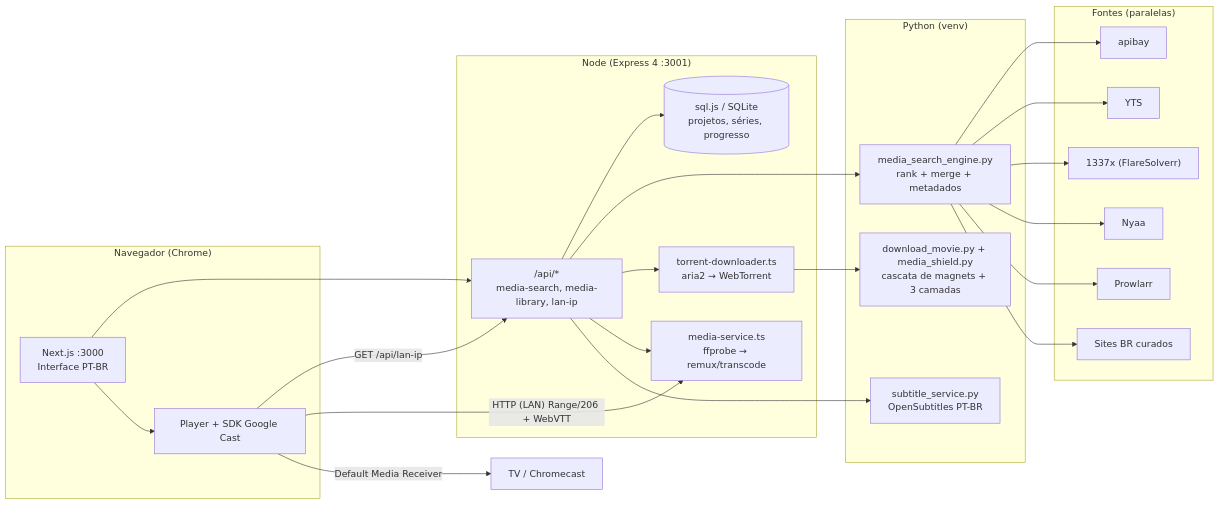
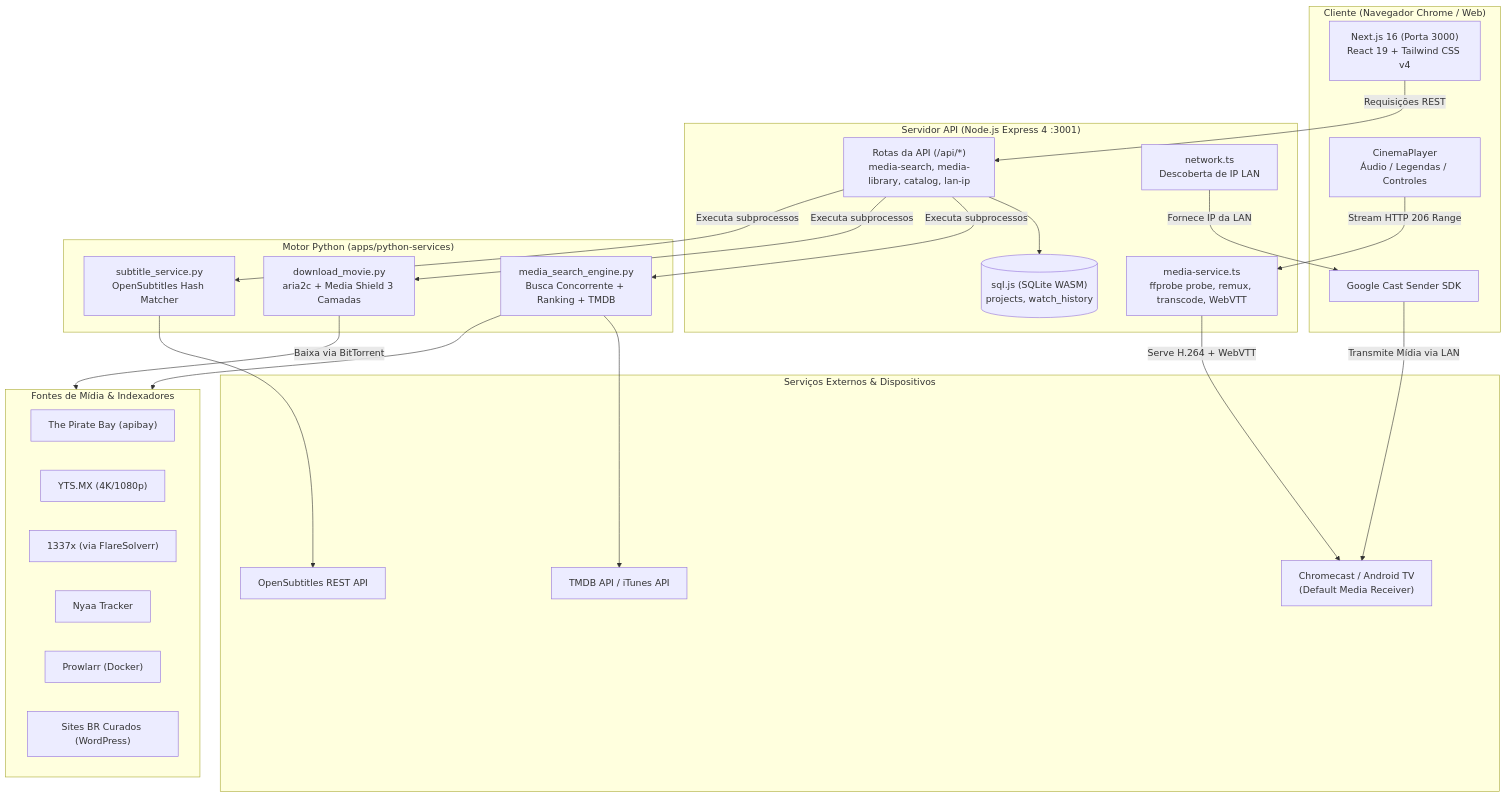
The diagram in README.md (fersonaglio/JackIn), drawn with Mermaid before and after one commit. The commit also changed other lines of this file, not shown here.

````diff
--- a/README.md
+++ b/README.md
@@ -86,42 +95,48 @@
 ```mermaid
-flowchart LR
-    subgraph Browser["Navegador (Chrome)"]
-        UI["Next.js :3000<br/>Interface PT-BR"]
-        CAST["Player + SDK Google Cast"]
+flowchart TB
+    subgraph Client["Cliente (Navegador Chrome / Web)"]
+        UI["Next.js 16 (Porta 3000)<br/>React 19 + Tailwind CSS v4"]
+        PLAYER["CinemaPlayer<br/>Áudio / Legendas / Controles"]
+        CAST_SDK["Google Cast Sender SDK"]
     end
 
-    subgraph Server["Node (Express 4 :3001)"]
-        API["/api/*<br/>media-search, media-library, lan-ip"]
-        DB[("sql.js / SQLite<br/>projetos, séries, progresso")]
-        DL["torrent-downloader.ts<br/>aria2 → WebTorrent"]
-        PREP["media-service.ts<br/>ffprobe → remux/transcode"]
+    subgraph Server["Servidor API (Node.js Express 4 :3001)"]
+        ROUTER["Rotas da API (/api/*)<br/>media-search, media-library, catalog, lan-ip"]
+        DB[("sql.js (SQLite WASM)<br/>projects, watch_history")]
+        PREP_SRV["media-service.ts<br/>ffprobe probe, remux, transcode, WebVTT"]
+        NET_SRV["network.ts<br/>Descoberta de IP LAN"]
     end
 
-    subgraph Py["Python (venv)"]
-        ENG["media_search_engine.py<br/>rank + merge + metadados"]
-        SHIELD["download_movie.py + media_shield.py<br/>cascata de magnets + 3 camadas"]
-        SUBS["subtitle_service.py<br/>OpenSubtitles PT-BR"]
+    subgraph PythonEngine["Motor Python (apps/python-services)"]
+        SEARCH_ENG["media_search_engine.py<br/>Busca Concorrente + Ranking + TMDB"]
+        DOWNLOADER["download_movie.py<br/>aria2c + Media Shield 3 Camadas"]
+        SUB_SRV["subtitle_service.py<br/>OpenSubtitles Hash Matcher"]
     end
 
-    subgraph Fontes["Fontes (paralelas)"]
-        TPB["apibay"]
-        YTS["YTS"]
-        X1337["1337x (FlareSolverr)"]
-        NYAA["Nyaa"]
-        PRW["Prowlarr"]
-        BR["Sites BR curados"]
+    subgraph Scrapers["Fontes de Mídia & Indexadores"]
+        APIBAY["The Pirate Bay (apibay)"]
+        YTS["YTS.MX (4K/1080p)"]
+        X1337["1337x (via FlareSolverr)"]
+        NYAA["Nyaa Tracker"]
+        PROWLARR["Prowlarr (Docker)"]
+        BR_SITES["Sites BR Curados (WordPress)"]
     end
 
-    UI --> API
-    UI --> CAST
-    API --> DB
-    API --> ENG
-    API --> DL
-    API --> PREP
-    API --> SUBS
-    ENG --> TPB & YTS & X1337 & NYAA & PRW & BR
-    DL --> SHIELD
-    CAST -->|"GET /api/lan-ip"| API
-    CAST -->|"HTTP (LAN) Range/206 + WebVTT"| PREP
-    CAST -->|"Default Media Receiver"| TV["TV / Chromecast"]
+    subgraph External["Serviços Externos & Dispositivos"]
+        TMDB["TMDB API / iTunes API"]
+        OPENSUB["OpenSubtitles REST API"]
+        CHROMECAST["Chromecast / Android TV<br/>(Default Media Receiver)"]
+    end
+
+    UI -->|"Requisições REST"| ROUTER
+    PLAYER -->|"Stream HTTP 206 Range"| PREP_SRV
+    CAST_SDK -->|"Transmite Mídia via LAN"| CHROMECAST
+    ROUTER --> DB
+    ROUTER -->|"Executa subprocessos"| SEARCH_ENG & DOWNLOADER & SUB_SRV
+    SEARCH_ENG --> Scrapers
+    SEARCH_ENG --> TMDB
+    DOWNLOADER -->|"Baixa via BitTorrent"| Scrapers
+    SUB_SRV --> OPENSUB
+    NET_SRV -->|"Fornece IP da LAN"| CAST_SDK
+    PREP_SRV -->|"Serve H.264 + WebVTT"| CHROMECAST
 ```
````
